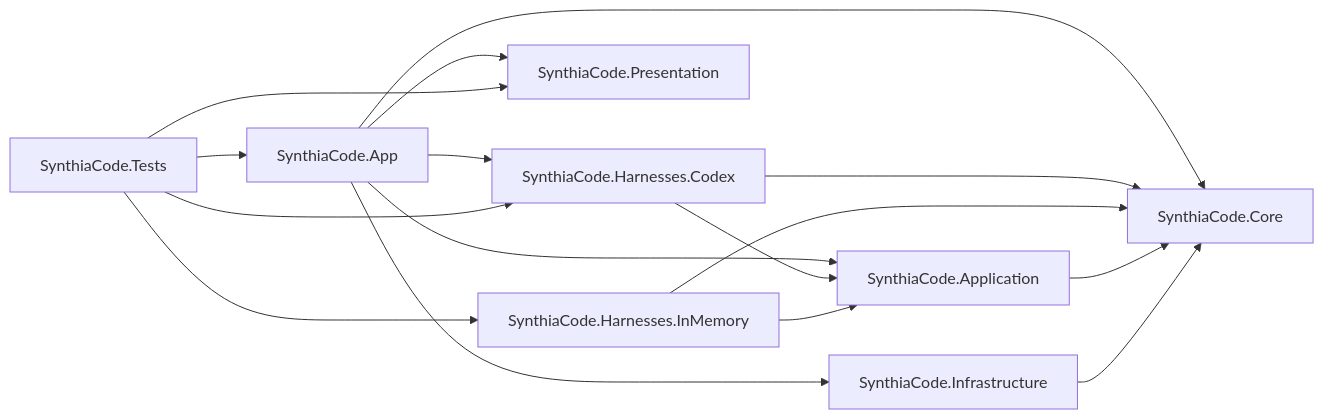
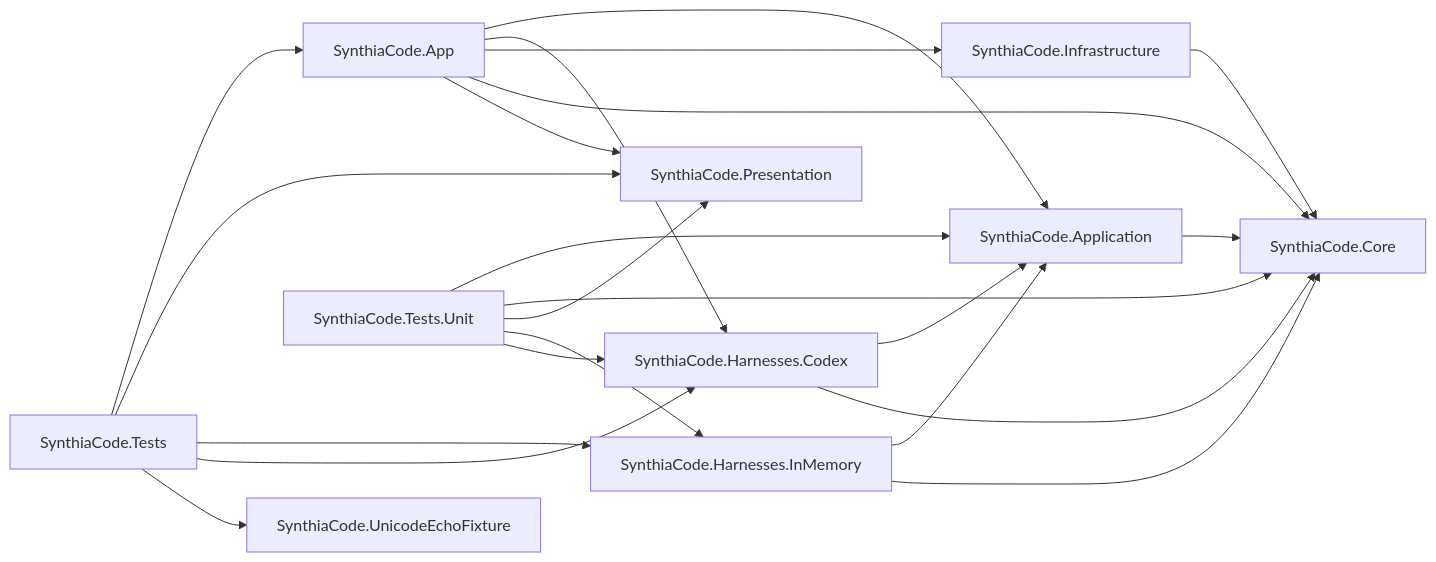
The first of 4 diagrams in docs/current-architecture.md (Scorpinaus/SynthiaCodex), drawn with Mermaid before and after one commit. The commit also changed other lines of this file and 77 other files, not shown here.

````diff
--- a/docs/current-architecture.md
+++ b/docs/current-architecture.md
@@ -26,18 +28,24 @@
 ```mermaid
 flowchart LR
     App["SynthiaCode.App"] --> Application["SynthiaCode.Application"]
     App --> CodexHarness["SynthiaCode.Harnesses.Codex"]
     App --> Infrastructure["SynthiaCode.Infrastructure"]
     App --> Core["SynthiaCode.Core"]
     App --> Presentation["SynthiaCode.Presentation"]
     CodexHarness --> Application
     CodexHarness --> Core
     InMemory["SynthiaCode.Harnesses.InMemory"] --> Application
     InMemory --> Core
     Application --> Core
     Infrastructure --> Core
     Tests["SynthiaCode.Tests"] --> App
     Tests --> Presentation
     Tests --> InMemory
     Tests --> CodexHarness
+    Tests --> UnicodeFixture["SynthiaCode.UnicodeEchoFixture"]
+    UnitTests["SynthiaCode.Tests.Unit"] --> Application
+    UnitTests --> Core
+    UnitTests --> Presentation
+    UnitTests --> InMemory
+    UnitTests --> CodexHarness
 ```
````
